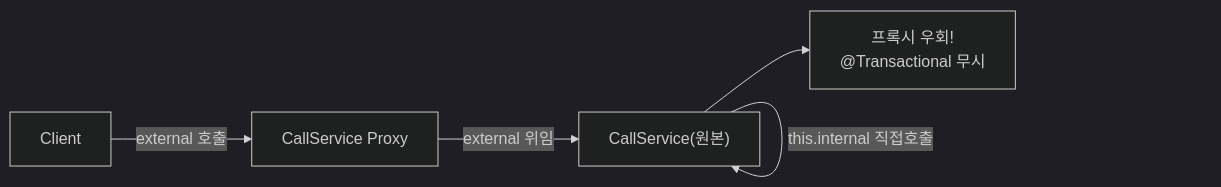
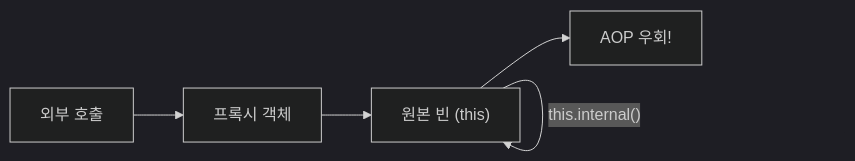
One commit to yjkim2015/yjkim2015.github.io changed the sixth of 7 diagrams in _posts/spring/2026-05-02-spring-core-advanced.md. Above: the diagram before and after it, drawn with Mermaid (dark theme). The commit also changed other lines of this file and 4 other files, not shown here.

````diff
--- a/_posts/spring/2026-05-02-spring-core-advanced.md
+++ b/_posts/spring/2026-05-02-spring-core-advanced.md
@@ -617,7 +1359,7 @@
 ```mermaid
 graph LR
-    C["Client"] -->|"external 호출"| P["CallService Proxy"]
-    P -->|"external 위임"| T["CallService(원본)"]
-    T -->|"this.internal 직접호출"| T
-    T --> WARN["프록시 우회!\n@Transactional 무시"]
+    A["외부 호출"] --> B["프록시 객체"]
+    B --> C["원본 빈 (this)"]
+    C -->|"this.internal()"| C
+    C --> D["AOP 우회!"]
 ```
````
